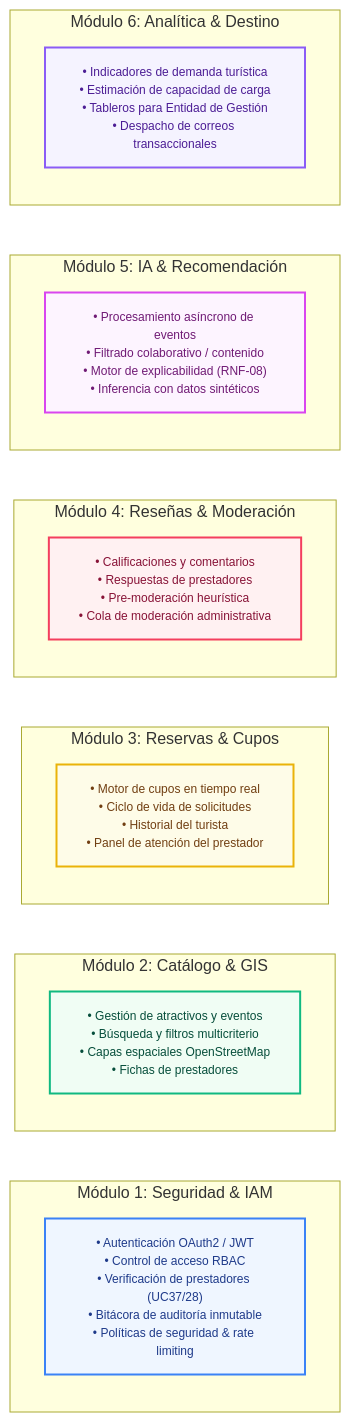
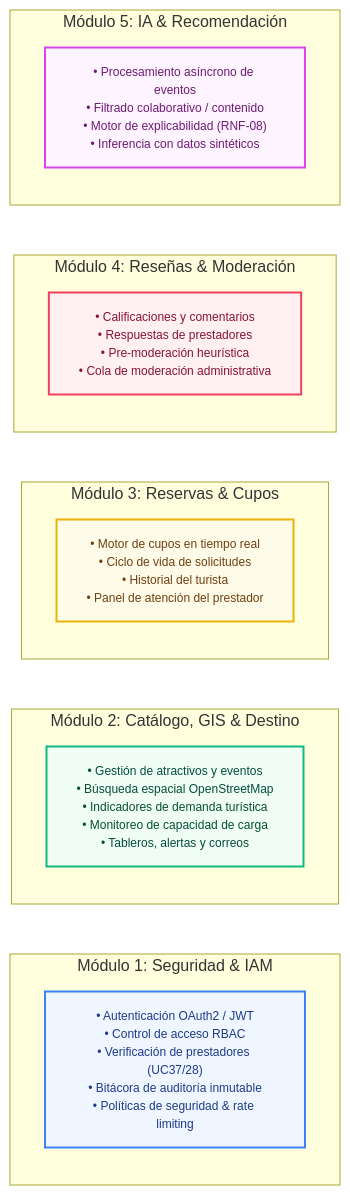
Before and after one commit to luifdo/Tourism: the seventh of 9 diagrams in Documents/Pages/Requirements_docIEEE.md, drawn with Mermaid. The commit also changed other lines of this file and 4 other files, not shown here.

````diff
--- a/Documents/Pages/Requirements_docIEEE.md
+++ b/Documents/Pages/Requirements_docIEEE.md
@@ -661,39 +680,33 @@
 ```mermaid
 flowchart LR
     classDef cardIAM fill:#eff6ff,stroke:#3b82f6,stroke-width:2px,color:#1e3a8a,font-size:12px;
     classDef cardCat fill:#f0fdf4,stroke:#10b981,stroke-width:2px,color:#064e3b,font-size:12px;
     classDef cardRes fill:#fefce8,stroke:#eab308,stroke-width:2px,color:#713f12,font-size:12px;
     classDef cardRev fill:#fff1f2,stroke:#f43f5e,stroke-width:2px,color:#881337,font-size:12px;
     classDef cardAI fill:#fdf4ff,stroke:#d946ef,stroke-width:2px,color:#701a75,font-size:12px;
-    classDef cardGov fill:#f5f3ff,stroke:#8b5cf6,stroke-width:2px,color:#4c1d95,font-size:12px;
 
     subgraph M1["Módulo 1: Seguridad & IAM"]
         direction TB
         C1["• Autenticación OAuth2 / JWT<br>• Control de acceso RBAC<br>• Verificación de prestadores (UC37/28)<br>• Bitácora de auditoría inmutable<br>• Políticas de seguridad & rate limiting"]:::cardIAM
     end
 
-    subgraph M2["Módulo 2: Catálogo & GIS"]
+    subgraph M2["Módulo 2: Catálogo, GIS & Destino"]
         direction TB
-        C2["• Gestión de atractivos y eventos<br>• Búsqueda y filtros multicriterio<br>• Capas espaciales OpenStreetMap<br>• Fichas de prestadores"]:::cardCat
+        C2["• Gestión de atractivos y eventos<br>• Búsqueda espacial OpenStreetMap<br>• Indicadores de demanda turística<br>• Monitoreo de capacidad de carga<br>• Tableros, alertas y correos"]:::cardCat
     end
 
     subgraph M3["Módulo 3: Reservas & Cupos"]
         direction TB
         C3["• Motor de cupos en tiempo real<br>• Ciclo de vida de solicitudes<br>• Historial del turista<br>• Panel de atención del prestador"]:::cardRes
     end
 
     subgraph M4["Módulo 4: Reseñas & Moderación"]
         direction TB
         C4["• Calificaciones y comentarios<br>• Respuestas de prestadores<br>• Pre-moderación heurística<br>• Cola de moderación administrativa"]:::cardRev
     end
 
     subgraph M5["Módulo 5: IA & Recomendación"]
         direction TB
         C5["• Procesamiento asíncrono de eventos<br>• Filtrado colaborativo / contenido<br>• Motor de explicabilidad (RNF-08)<br>• Inferencia con datos sintéticos"]:::cardAI
     end
-
-    subgraph M6["Módulo 6: Analítica & Destino"]
-        direction TB
-        C6["• Indicadores de demanda turística<br>• Estimación de capacidad de carga<br>• Tableros para Entidad de Gestión<br>• Despacho de correos transaccionales"]:::cardGov
-    end
 ```
````
